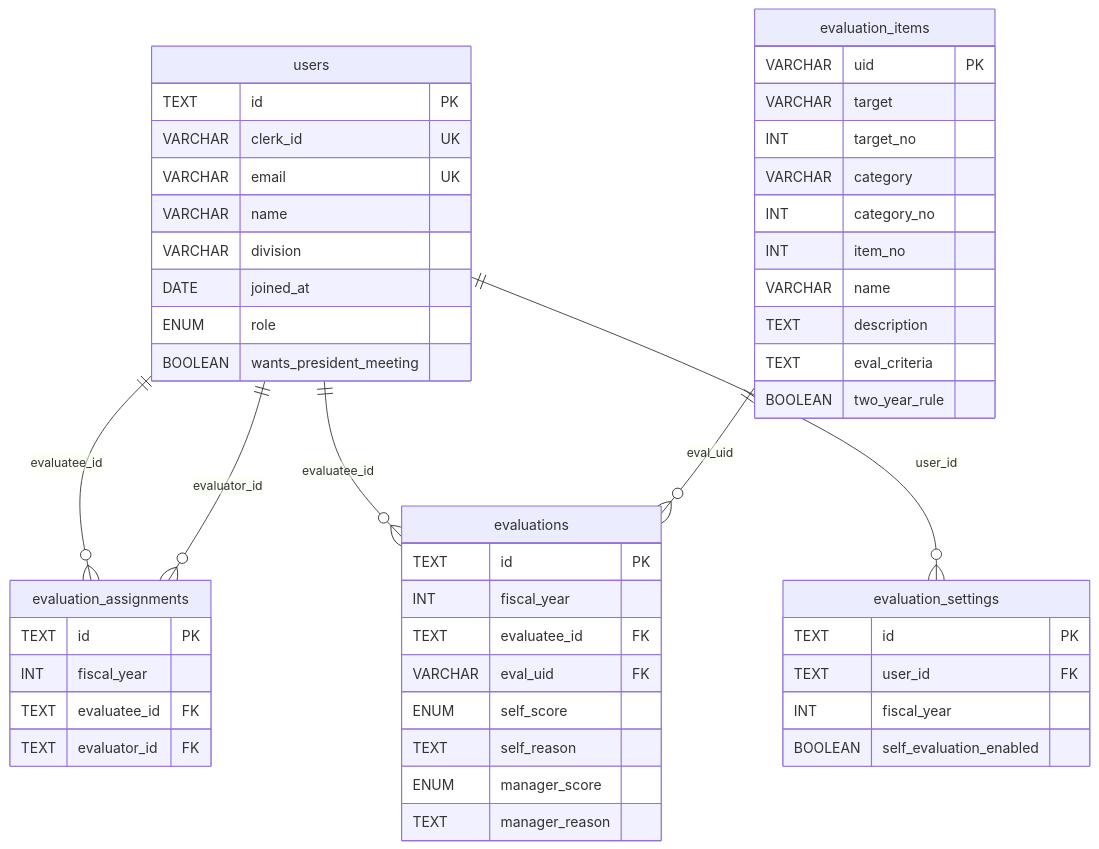
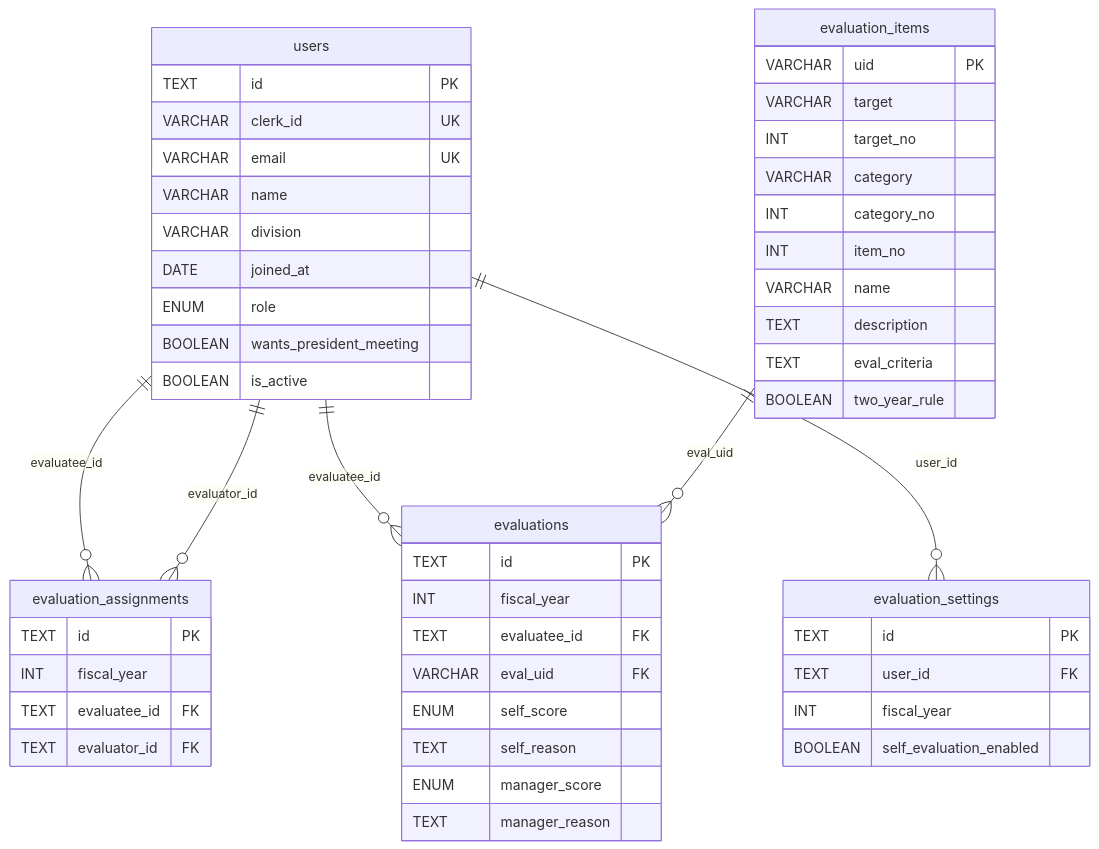
One commit to ot-nemoto/eval-hub changed the diagram in docs/schema.md. Above: the diagram before and after it, drawn with Mermaid. The commit also changed other lines of this file and 8 other files, not shown here.

````diff
--- a/docs/schema.md
+++ b/docs/schema.md
@@ -32,54 +32,55 @@
 ```mermaid
 erDiagram
     users {
         TEXT id PK
         VARCHAR clerk_id UK
         VARCHAR email UK
         VARCHAR name
         VARCHAR division
         DATE joined_at
         ENUM role
         BOOLEAN wants_president_meeting
+        BOOLEAN is_active
     }
     evaluation_assignments {
         TEXT id PK
         INT fiscal_year
         TEXT evaluatee_id FK
         TEXT evaluator_id FK
     }
     evaluation_items {
         VARCHAR uid PK
         VARCHAR target
         INT target_no
         VARCHAR category
         INT category_no
         INT item_no
         VARCHAR name
         TEXT description
         TEXT eval_criteria
         BOOLEAN two_year_rule
     }
     evaluations {
         TEXT id PK
         INT fiscal_year
         TEXT evaluatee_id FK
         VARCHAR eval_uid FK
         ENUM self_score
         TEXT self_reason
         ENUM manager_score
         TEXT manager_reason
     }
 
     evaluation_settings {
         TEXT id PK
         TEXT user_id FK
         INT fiscal_year
         BOOLEAN self_evaluation_enabled
     }
 
     users ||--o{ evaluation_assignments : "evaluatee_id"
     users ||--o{ evaluation_assignments : "evaluator_id"
     users ||--o{ evaluations : "evaluatee_id"
     users ||--o{ evaluation_settings : "user_id"
     evaluation_items ||--o{ evaluations : "eval_uid"
 ```
````
